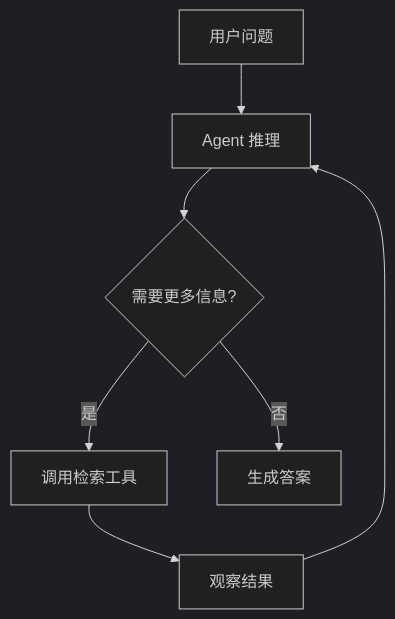
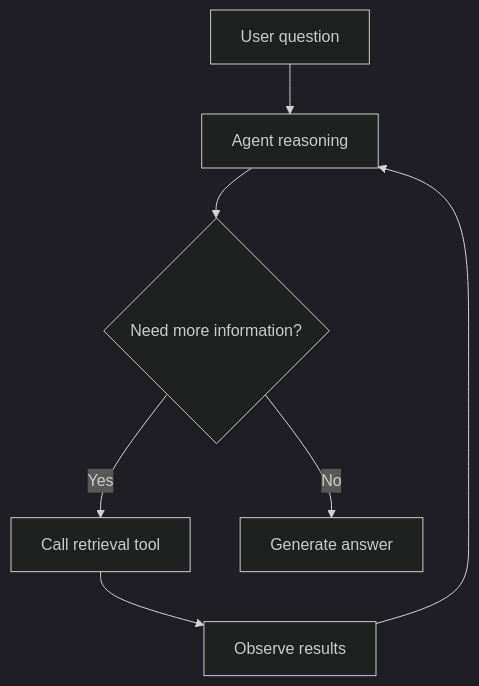
The fourth of 5 diagrams in docs/rag/04-advanced/15-advanced-rag-paradigms.md (oneleaveknowsthefall/awesome-ai-roadmap), drawn with Mermaid (dark theme) before and after one commit. The commit also changed other lines of this file and 60 other files, not shown here.

````diff
--- a/docs/rag/04-advanced/15-advanced-rag-paradigms.md
+++ b/docs/rag/04-advanced/15-advanced-rag-paradigms.md
@@ -118,9 +118,9 @@
 ```mermaid
 flowchart TB
-    Q[用户问题] --> AG[Agent 推理]
-    AG --> D{需要更多信息?}
-    D -->|是| T[调用检索工具]
-    T --> OB[观察结果]
+    Q[User question] --> AG[Agent reasoning]
+    AG --> D{Need more information?}
+    D -->|Yes| T[Call retrieval tool]
+    T --> OB[Observe results]
     OB --> AG
-    D -->|否| ANS[生成答案]
+    D -->|No| ANS[Generate answer]
 ```
````
